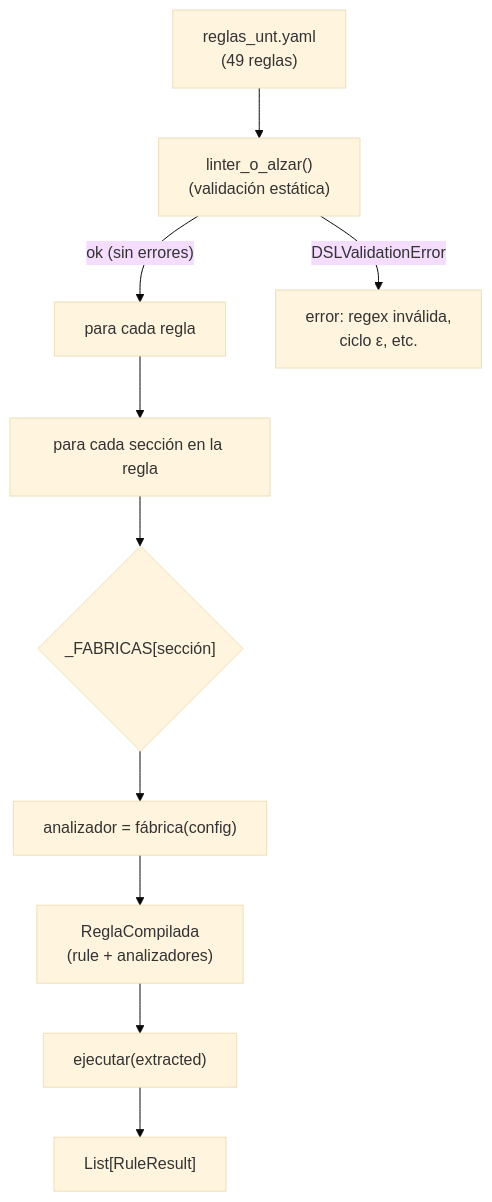
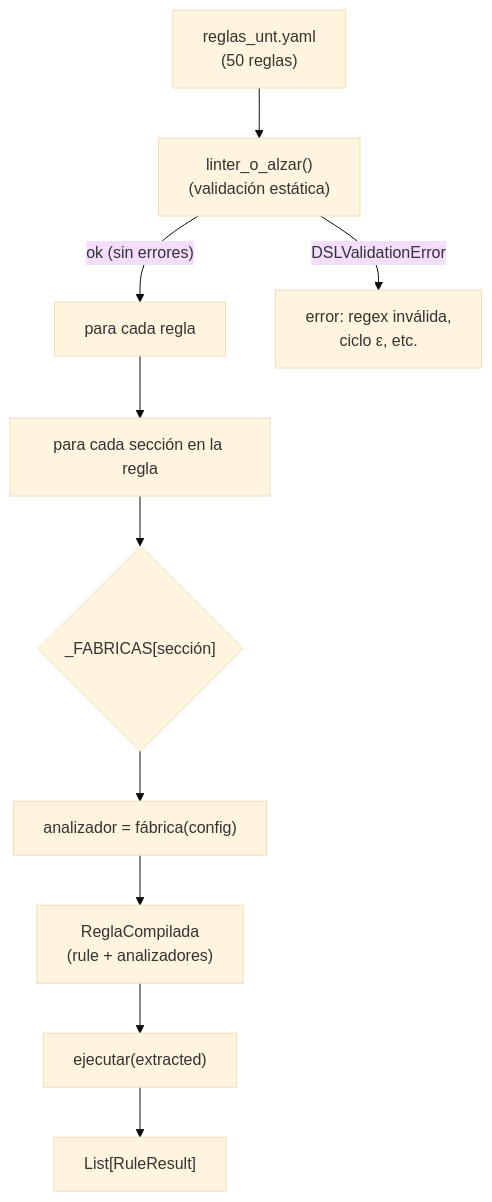
One commit to IvanSanchezSil/vistobueno changed the first of 4 diagrams in docs/diseno/05_compilador_linter.md. Above: the diagram before and after it, drawn with Mermaid (base theme). The commit also changed 10 other files, not shown here.

````diff
--- a/docs/diseno/05_compilador_linter.md
+++ b/docs/diseno/05_compilador_linter.md
@@ -14,12 +14,12 @@
 ```mermaid
 flowchart TD
-    YAML["reglas_unt.yaml<br/>(49 reglas)"] --> LINT["linter_o_alzar()<br/>(validación estática)"]
+    YAML["reglas_unt.yaml<br/>(50 reglas)"] --> LINT["linter_o_alzar()<br/>(validación estática)"]
     LINT -- "ok (sin errores)" --> LOOP["para cada regla"]
     LINT -- "DSLValidationError" --> F["error: regex inválida,<br/>ciclo ε, etc."]
     LOOP --> SECC["para cada sección en la regla"]
     SECC --> FAB{"_FABRICAS[sección]"}
     FAB --> AN["analizador = fábrica(config)"]
     AN --> RC["ReglaCompilada<br/>(rule + analizadores)"]
     RC --> RUN["ejecutar(extracted)"]
     RUN --> RR["List[RuleResult]"]
 ```
````
